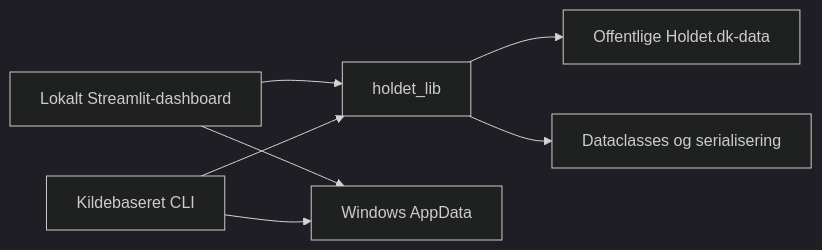
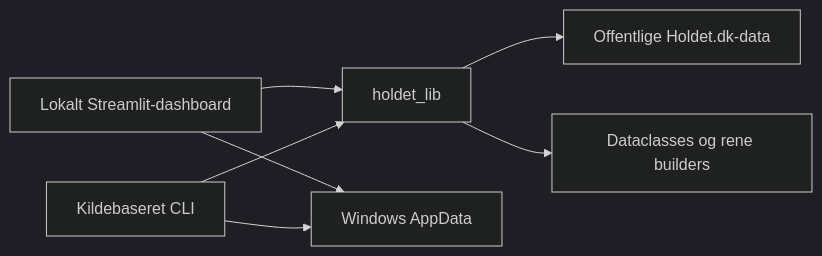
Before and after one commit to Peter537/holdet-fantasy-hub: the diagram in README.md, drawn with Mermaid (dark theme). The commit also changed other lines of this file and 24 other files, not shown here.

````diff
--- a/README.md
+++ b/README.md
@@ -35,9 +45,9 @@
 ```mermaid
 flowchart LR
     Dashboard["Lokalt Streamlit-dashboard"] --> Library["holdet_lib"]
     CLI["Kildebaseret CLI"] --> Library
     Library --> Holdet["Offentlige Holdet.dk-data"]
-    Library --> Models["Dataclasses og serialisering"]
+    Library --> Models["Dataclasses og rene builders"]
     Dashboard --> Storage["Windows AppData"]
     CLI --> Storage
 ```
````
